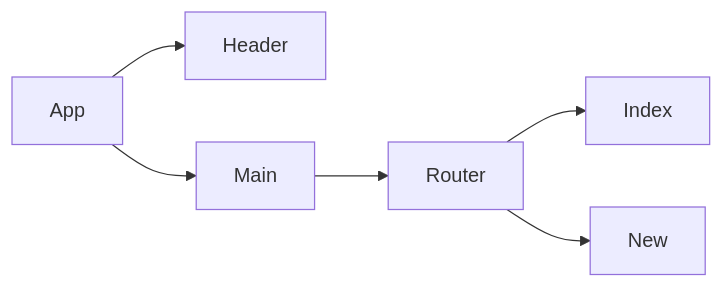
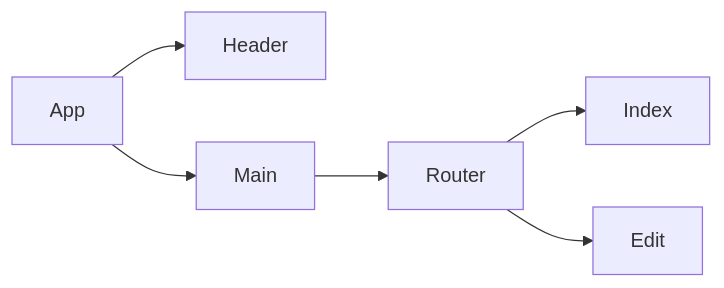
Before and after one commit to NandoLofi/bookmarks-frontend: the diagram in README.md, drawn with Mermaid.

````diff
--- a/README.md
+++ b/README.md
@@ -35,8 +35,8 @@
 ```mermaid
 flowchart LR
   App-->Header
   App-->Main
   Main-->Router
   Router-->Index
-  Router-->New
+  Router-->Edit
 ```
````
